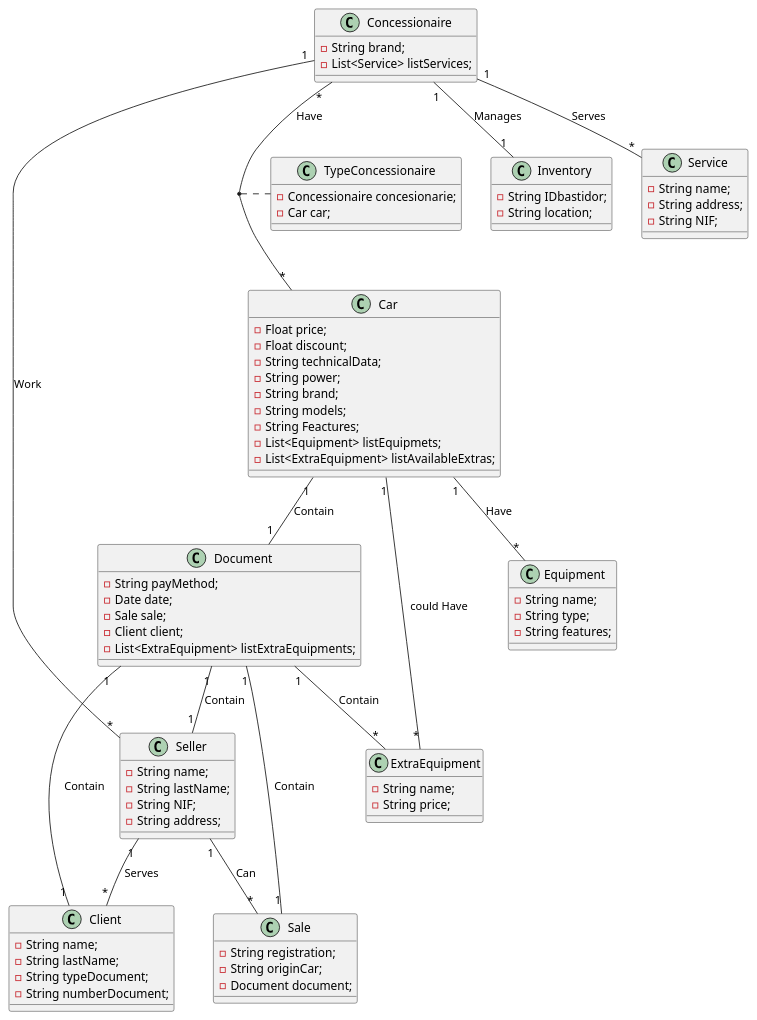
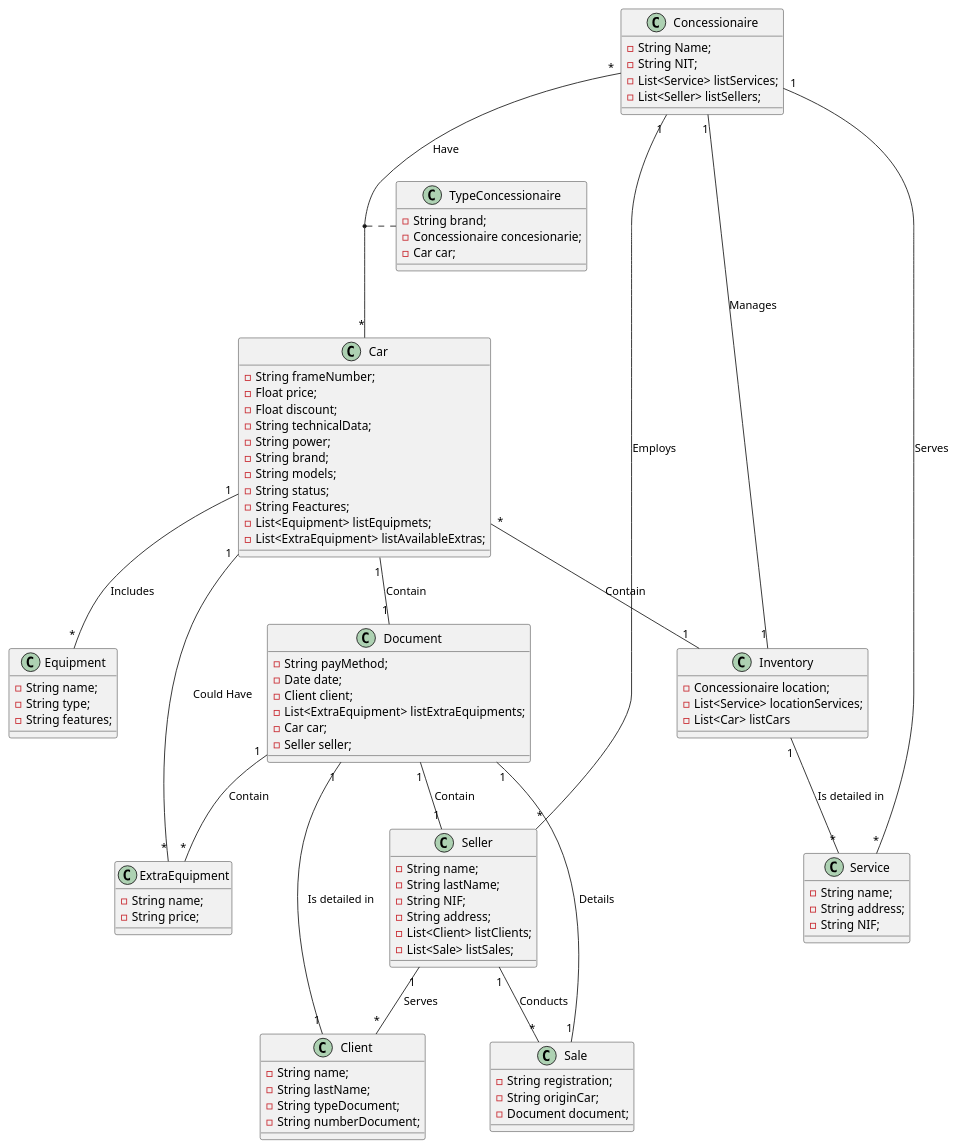
One commit to Juan-J-Barraza/Concesionario changed the diagram in diagrama.PlantUML. Above: the diagram before and after it, drawn with PlantUML. The commit also changed 12 other files, not shown here.

```diff
--- a/diagrama.PlantUML
+++ b/diagrama.PlantUML
@@ -1,99 +1,106 @@
 @startuml "ejercicio29"
 
 class Concessionaire {
-    - String brand;
+    - String Name;
+    - String NIT;
     - List<Service> listServices;
+    - List<Seller> listSellers;
 
 }
 
 class TypeConcessionaire {
+    - String brand;
     - Concessionaire concesionarie;
     - Car car;
 }
 
 class Car {
+    - String frameNumber;
     - Float price;
     - Float discount;
     - String technicalData;
     - String power;
     - String brand;
     - String models;
+    - String status;
     - String Feactures;
     - List<Equipment> listEquipmets;
     - List<ExtraEquipment> listAvailableExtras;
 }
 
 class Equipment {
     - String name;
     - String type;
     - String features;
 }
 
 class ExtraEquipment {
     - String name;
     - String price;
 }
 
 class Inventory {
-    - String IDbastidor;
-    - String location;
+    - Concessionaire location;
+    - List<Service> locationServices;
+    - List<Car> listCars
 }
 
 class Client {
     - String name;
     - String lastName;
     - String typeDocument;
     - String numberDocument;
 }
 
 class Seller {
     - String name;
     - String lastName;
     - String NIF;
     - String address;
+    - List<Client> listClients;
+    - List<Sale> listSales;
 
 }
 
 class Document {
     - String payMethod;
     - Date date;
-    - Sale sale;
     - Client client;
-    -List<ExtraEquipment> listExtraEquipments;
+    - List<ExtraEquipment> listExtraEquipments;
+    - Car car;
+    - Seller seller;
+
 }
-
 
 class Service {
     - String name;
     - String address;
     - String NIF;
 }
 
 class Sale {
     - String registration;
     - String originCar;
     - Document document;
 }
 
 
 Concessionaire "*" -- "*" Car: Have
 (Concessionaire, Car) .. TypeConcessionaire
-Car "1"  -- "*" Equipment: Have
-Car "1" -- "*" ExtraEquipment: could Have
+Car "1"  -- "*" Equipment: Includes
+Car "1" -- "*" ExtraEquipment: Could Have
 Concessionaire "1" -- "1" Inventory: Manages
 Concessionaire "1" -- "*" Service: Serves
-Concessionaire "1" -- "*" Seller: Work
-Document "1" -- "1" Sale: Contain
-Client "1" -- "1" Document: Contain
+Concessionaire "1" -- "*" Seller: Employs
+Document "1" -- "1" Sale: Details
+Client "1" -- "1" Document: Is detailed in
 Seller "1" -- "*" Client: Serves
-Seller "1" -- "*" Sale: Can
+Seller "1" -- "*" Sale: Conducts
 Document "1" -- "1" Seller: Contain
 Car "1" -- "1" Document: Contain
 Document "1" -- "*" ExtraEquipment: Contain
-
-
-
-
+Car "*" -- "1" Inventory: Contain
+Inventory "1" -- "*" Service: Is detailed in
 
 
 @enduml
```
